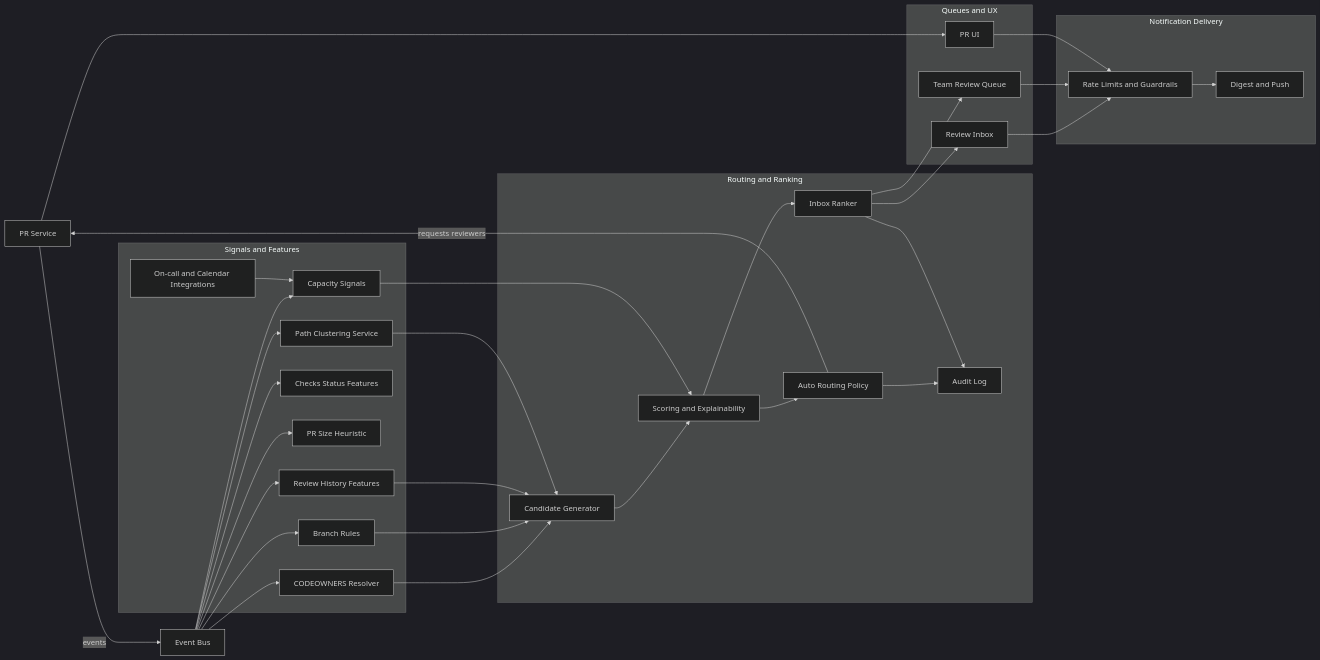
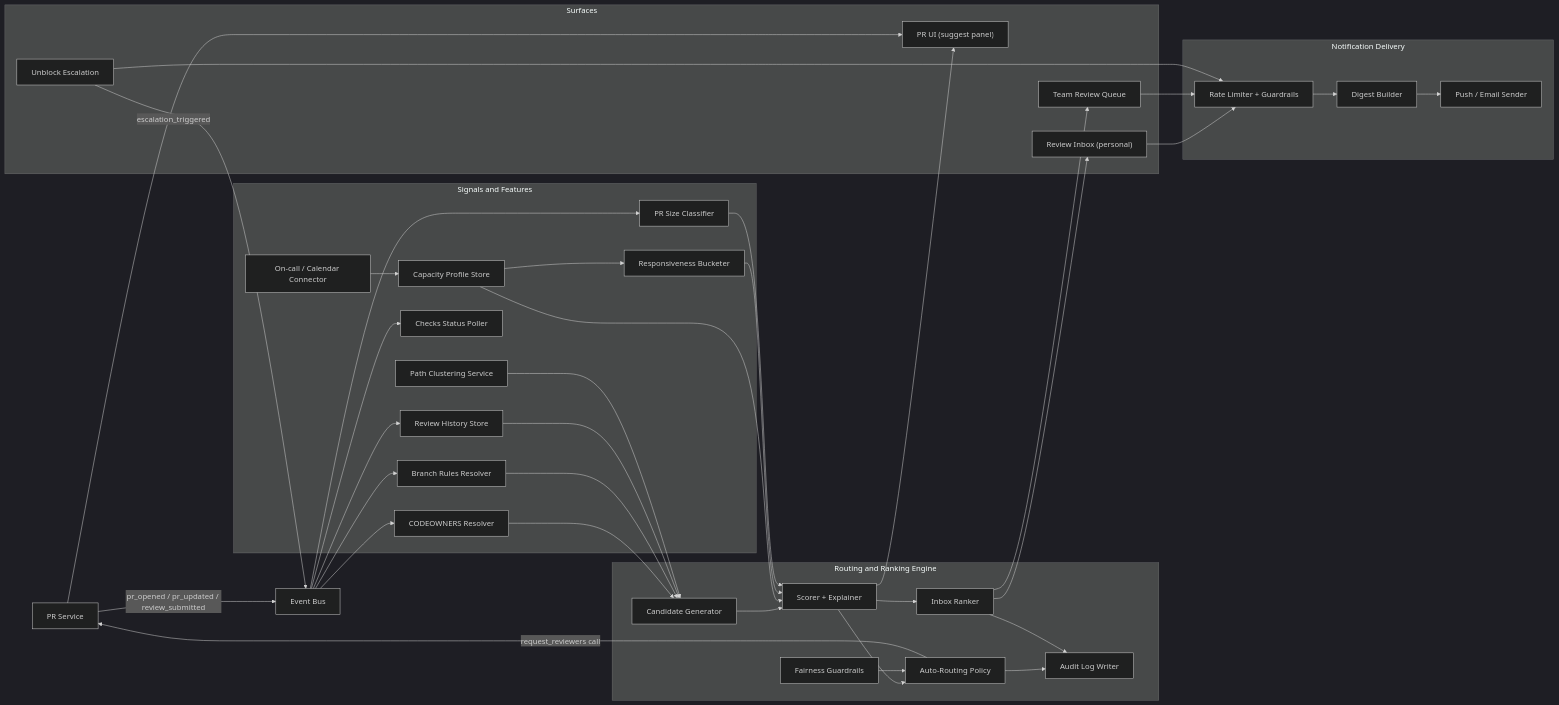
The first of 2 diagrams in github-review-routing-architecture.md (004mayank/product-systems-explained), drawn with Mermaid (dark theme) before and after one commit. The commit also changed other lines of this file, not shown here.

Commit message:
Add GitHub review routing architecture v3 - 2026-04-12

````diff
--- a/github-review-routing-architecture.md
+++ b/github-review-routing-architecture.md
@@ -35,68 +61,75 @@
 ```mermaid
 flowchart LR
-  prsvc["PR Service"] -->|events| bus["Event Bus"]
+  prsvc["PR Service"] -->|pr_opened / pr_updated / review_submitted| bus["Event Bus"]
 
   subgraph signals["Signals and Features"]
     owners["CODEOWNERS Resolver"]
-    rules["Branch Rules"]
-    checks["Checks Status Features"]
-    size["PR Size Heuristic"]
-    history["Review History Features"]
-    cap["Capacity Signals"]
+    rules["Branch Rules Resolver"]
+    checks["Checks Status Poller"]
+    size["PR Size Classifier"]
+    history["Review History Store"]
+    cap["Capacity Profile Store"]
     cluster["Path Clustering Service"]
-    oncall["On-call and Calendar Integrations"]
+    oncall["On-call / Calendar Connector"]
+    resp["Responsiveness Bucketer"]
   end
 
   bus --> owners
   bus --> rules
   bus --> checks
   bus --> size
   bus --> history
-  bus --> cap
-  bus --> cluster
   oncall --> cap
+  cap --> resp
 
-  subgraph router["Routing and Ranking"]
+  subgraph router["Routing and Ranking Engine"]
     cand["Candidate Generator"]
-    scorer["Scoring and Explainability"]
-    policy["Auto Routing Policy"]
+    scorer["Scorer + Explainer"]
+    policy["Auto-Routing Policy"]
     ranker["Inbox Ranker"]
-    audit["Audit Log"]
+    audit["Audit Log Writer"]
+    fairness["Fairness Guardrails"]
   end
 
   owners --> cand
   rules --> cand
   history --> cand
   cluster --> cand
 
   cand --> scorer
   cap --> scorer
+  resp --> scorer
+  size --> scorer
 
   scorer --> policy
   scorer --> ranker
+  policy -->|request_reviewers call| prsvc
+  policy --> audit
+  ranker --> audit
+  fairness --> policy
 
-  policy -->|requests reviewers| prsvc
-  policy --> audit
-
-  ranker --> audit
-
-  subgraph views["Queues and UX"]
-    rinbox["Review Inbox"]
+  subgraph views["Surfaces"]
+    rinbox["Review Inbox (personal)"]
     tqueue["Team Review Queue"]
-    prui["PR UI"]
+    prui["PR UI (suggest panel)"]
+    escalate["Unblock Escalation"]
   end
 
-  prsvc --> prui
   ranker --> rinbox
   ranker --> tqueue
+  scorer --> prui
+  prsvc --> prui
+  escalate -->|escalation_triggered| bus
 
   subgraph notify["Notification Delivery"]
-    digest["Digest and Push"]
-    rate["Rate Limits and Guardrails"]
+    digest["Digest Builder"]
+    rate["Rate Limiter + Guardrails"]
+    push["Push / Email Sender"]
   end
 
   rinbox --> rate
   tqueue --> rate
-  prui --> rate
+  escalate --> rate
   rate --> digest
+  digest --> push
 ```
````
